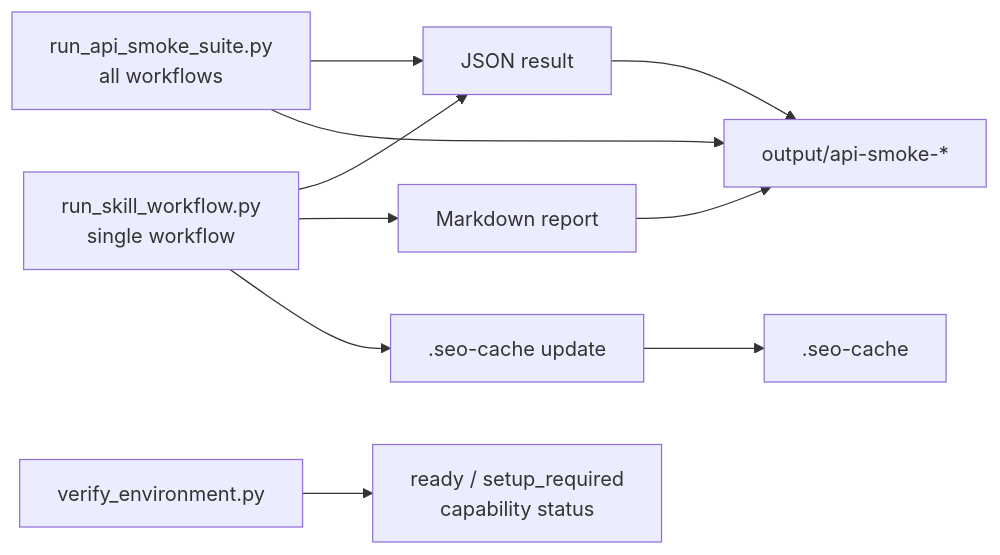
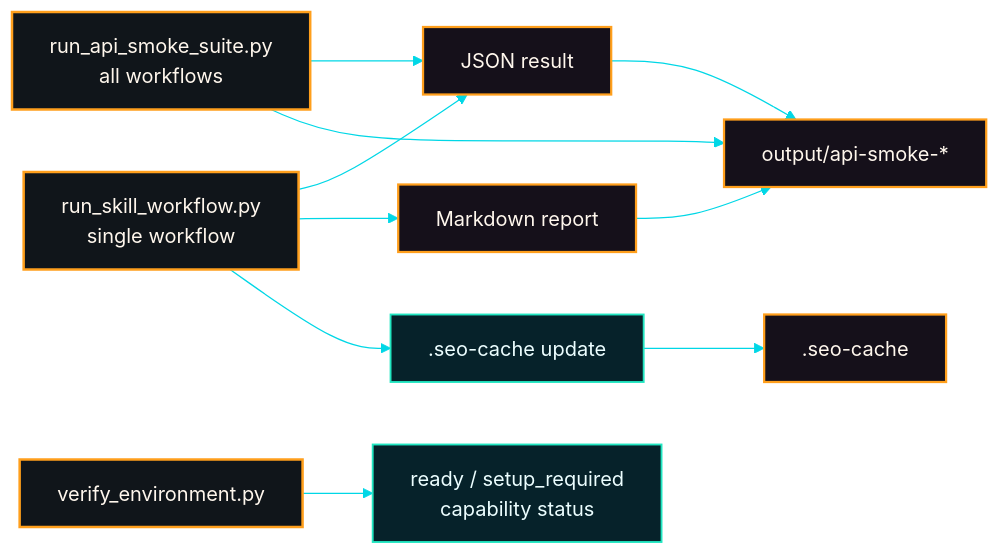
The fifth of 6 diagrams in README.md (AgriciDaniel/codex-seo), drawn with Mermaid before and after one commit. The commit also changed other lines of this file, not shown here.

Commit message:
Style README diagrams with cover palette

````diff
--- a/README.md
+++ b/README.md
@@ -339,12 +364,20 @@
 ```mermaid
+%%{init: {"theme":"base","themeVariables":{"background":"#05080d","primaryColor":"#07131c","primaryTextColor":"#f5fbff","primaryBorderColor":"#00d7e6","lineColor":"#00d7e6","secondaryColor":"#06222a","tertiaryColor":"#ff9f1c","edgeLabelBackground":"#05080d","fontFamily":"Inter, ui-sans-serif, system-ui, sans-serif"}}}%%
 flowchart LR
   cli["run_skill_workflow.py<br/>single workflow"] --> json["JSON result"]
   cli --> markdown["Markdown report"]
   cli --> cacheWrite[".seo-cache update"]
   suite["run_api_smoke_suite.py<br/>all workflows"] --> json
   suite --> outputRoot["output/api-smoke-*"]
   verify["verify_environment.py"] --> readiness["ready / setup_required<br/>capability status"]
   markdown --> outputRoot
   json --> outputRoot
   cacheWrite --> cache[".seo-cache"]
+  class cli,suite,verify accent
+  class cacheWrite,readiness data
+  class json,markdown,outputRoot,cache output
+  classDef default fill:#07131c,stroke:#00d7e6,color:#f5fbff,stroke-width:1.4px
+  classDef accent fill:#10151a,stroke:#ff9f1c,color:#fff7ed,stroke-width:2px
+  classDef data fill:#06222a,stroke:#21e6c1,color:#ecfeff,stroke-width:1.5px
+  classDef output fill:#15101a,stroke:#ff9f1c,color:#fff7ed,stroke-width:1.8px
 ```
````
